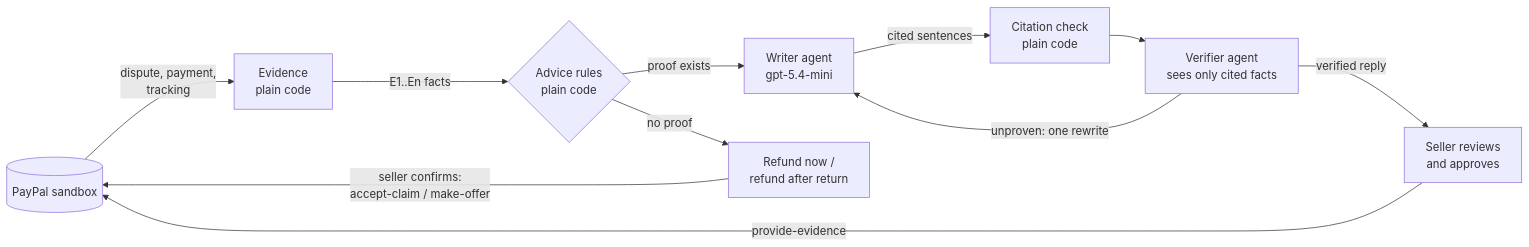
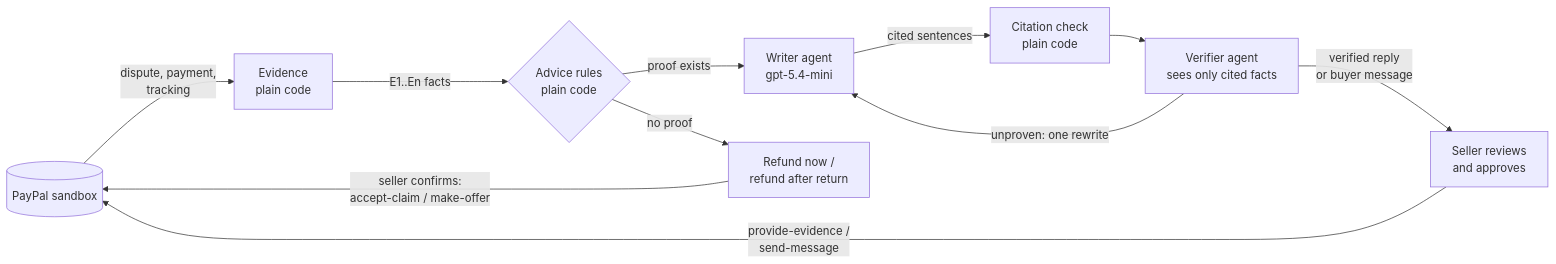
One commit to KumarPadigeri/paypal-dispute-copilot changed the diagram in README.md. Above: the diagram before and after it, drawn with Mermaid. The commit also changed other lines of this file and 2 other files, not shown here.

Commit message:
README and Postman: Message the buyer

````diff
--- a/README.md
+++ b/README.md
@@ -63,13 +67,13 @@
 ```mermaid
 flowchart LR
   PP[(PayPal sandbox)] -->|dispute, payment,<br/>tracking| EV[Evidence<br/>plain code]
   EV -->|E1..En facts| AD{Advice rules<br/>plain code}
   AD -->|proof exists| WR[Writer agent<br/>gpt-5.4-mini]
   AD -->|no proof| RS[Refund now /<br/>refund after return]
   WR -->|cited sentences| CK[Citation check<br/>plain code]
   CK --> VF[Verifier agent<br/>sees only cited facts]
   VF -->|unproven: one rewrite| WR
-  VF -->|verified reply| MR[Seller reviews<br/>and approves]
-  MR -->|provide-evidence| PP
+  VF -->|verified reply<br/>or buyer message| MR[Seller reviews<br/>and approves]
+  MR -->|provide-evidence /<br/>send-message| PP
   RS -->|seller confirms:<br/>accept-claim / make-offer| PP
 ```
````
